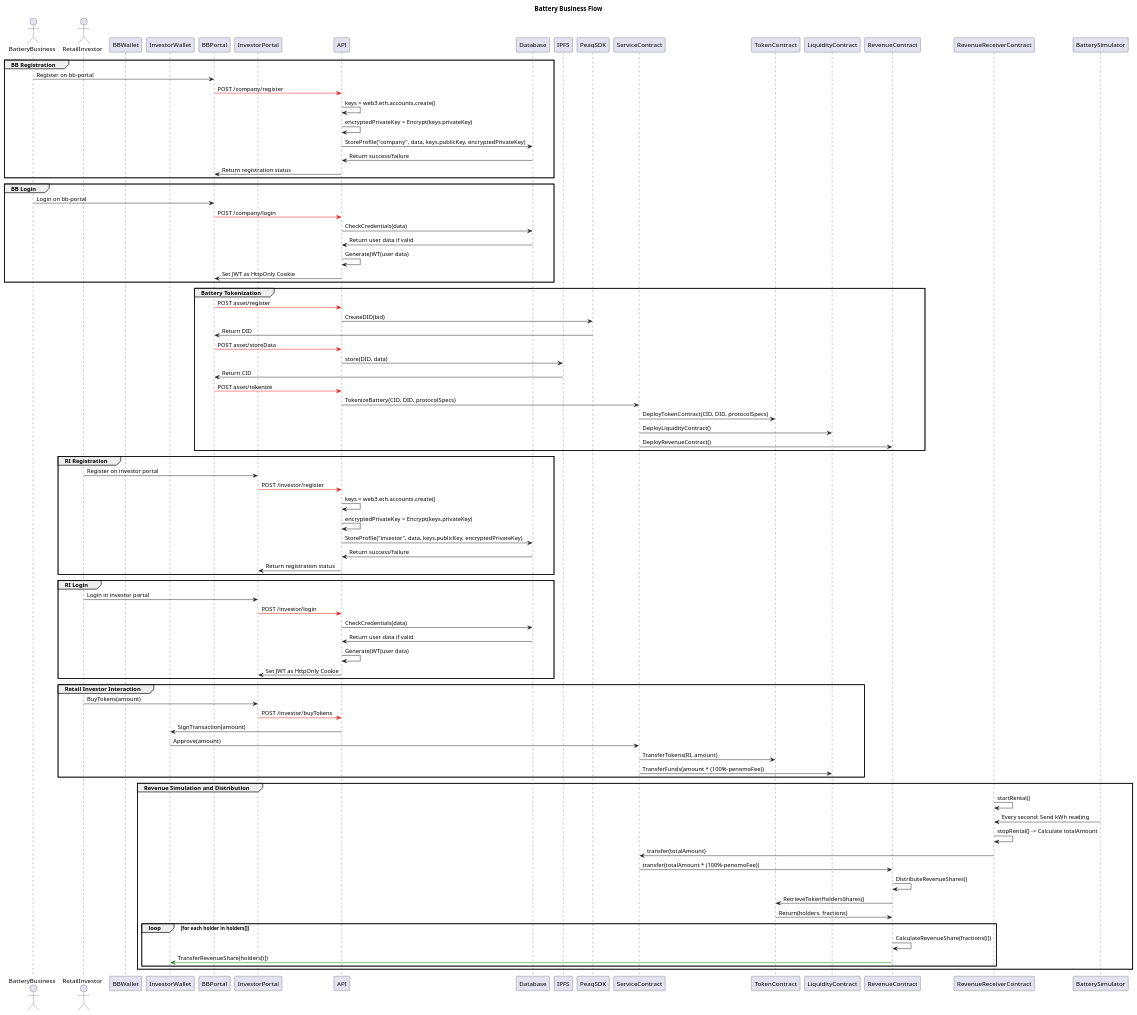
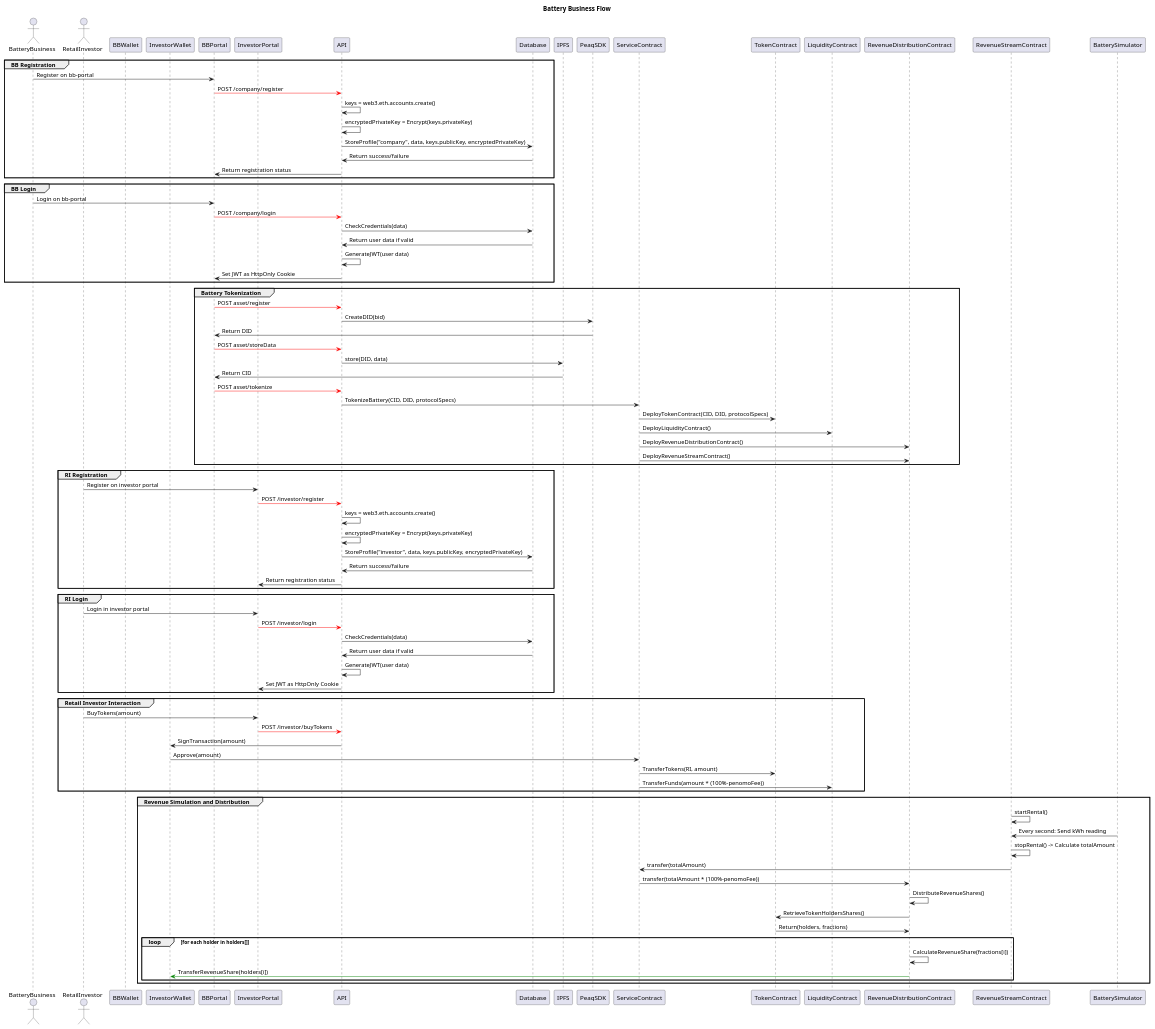
The diagram in architecture/demo_sequence_combined.puml (penomoprotocol/tokenization-MVP), drawn with PlantUML before and after one commit. The commit also changed 3 other files, not shown here.

```diff
--- a/architecture/demo_sequence_combined.puml
+++ b/architecture/demo_sequence_combined.puml
@@ -1,109 +1,110 @@
 @startuml
 title Battery Business Flow
 
 actor BatteryBusiness as BB
 actor RetailInvestor as RI
 
 participant BBWallet as BBW
 participant InvestorWallet as IW
 
 participant BBPortal as BBP
 participant InvestorPortal as IP
 
 participant API as API
 
 participant Database as DB
 participant IPFS as IPFS
 participant PeaqSDK as PS
 
 participant ServiceContract as SC
 participant TokenContract as TC
 participant LiquidityContract as LC
-participant RevenueContract as RC
-participant RevenueReceiverContract as RRC
+participant RevenueDistributionContract as RDC
+participant RevenueStreamContract as RSC
 
 participant BatterySimulator as BS
 
 ' Battery Business Registration
 group BB Registration
     BB -> BBP: Register on bb-portal
     BBP -[#red]> API: POST /company/register
     API -> API: keys = web3.eth.accounts.create()
     API -> API: encryptedPrivateKey = Encrypt(keys.privateKey)
     API -> DB: StoreProfile("company", data, keys.publicKey, encryptedPrivateKey)
     DB -> API: Return success/failure
     API -> BBP: Return registration status
 end
 
 group BB Login
     BB -> BBP: Login on bb-portal
     BBP -[#red]> API: POST /company/login
     API -> DB: CheckCredentials(data)
     DB -> API: Return user data if valid
     API -> API: GenerateJWT(user data)
     API -> BBP: Set JWT as HttpOnly Cookie
 end
 
 ' Battery Tokenization
 group Battery Tokenization
     BBP -[#red]> API: POST asset/register
     API -> PS: CreateDID(bid)
     PS -> BBP: Return DID
     BBP -[#red]> API: POST asset/storeData
     API -> IPFS: store(DID, data)
     IPFS -> BBP: Return CID
     BBP -[#red]> API: POST asset/tokenize
     API -> SC: TokenizeBattery(CID, DID, protocolSpecs)
     SC -> TC: DeployTokenContract(CID, DID, protocolSpecs)
     SC -> LC: DeployLiquidityContract()
-    SC -> RC: DeployRevenueContract()
+    SC -> RDC: DeployRevenueDistributionContract()
+    SC -> RDC: DeployRevenueStreamContract()
 end
 
 ' Retail Investor Registration and Login
 group RI Registration
     RI -> IP: Register on investor portal
     IP -[#red]> API: POST /investor/register
     API -> API: keys = web3.eth.accounts.create()
     API -> API: encryptedPrivateKey = Encrypt(keys.privateKey)
     API -> DB: StoreProfile("investor", data, keys.publicKey, encryptedPrivateKey)
     DB -> API: Return success/failure
     API -> IP: Return registration status
 end
 
 group RI Login
     RI -> IP: Login in investor portal
     IP -[#red]> API: POST /investor/login
     API -> DB: CheckCredentials(data)
     DB -> API: Return user data if valid
     API -> API: GenerateJWT(user data)
     API -> IP: Set JWT as HttpOnly Cookie
 end
 
 ' Retail Investor Token Purchase
 group Retail Investor Interaction
     RI -> IP: BuyTokens(amount)
     IP -[#red]> API: POST /investor/buyTokens
     API -> IW: SignTransaction(amount)
     IW -> SC: Approve(amount)
     SC -> TC: TransferTokens(RI, amount)
     SC -> LC: TransferFunds(amount * (100%-penomoFee))
 end
 
 
 ' Revenue Simulation and Distribution
 group Revenue Simulation and Distribution
-    RRC -> RRC: startRental()
-    BS -> RRC: Every second: Send kWh reading
-    RRC -> RRC: stopRental() -> Calculate totalAmount
-    RRC -> SC: transfer(totalAmount)
-    SC -> RC: transfer(totalAmount * (100%-penomoFee))
-    RC -> RC:  DistributeRevenueShares()
-    RC -> TC: RetrieveTokenHoldersShares()
-    TC -> RC: Return(holders, fractions)
+    RSC -> RSC: startRental()
+    BS -> RSC: Every second: Send kWh reading
+    RSC -> RSC: stopRental() -> Calculate totalAmount
+    RSC -> SC: transfer(totalAmount)
+    SC -> RDC: transfer(totalAmount * (100%-penomoFee))
+    RDC -> RDC:  DistributeRevenueShares()
+    RDC -> TC: RetrieveTokenHoldersShares()
+    TC -> RDC: Return(holders, fractions)
     loop for each holder in holders[]
-        RC -> RC: CalculateRevenueShare(fractions[i])
-        RC -[#green]> IW: TransferRevenueShare(holders[i])
+        RDC -> RDC: CalculateRevenueShare(fractions[i])
+        RDC -[#green]> IW: TransferRevenueShare(holders[i])
     end
 end
 
 @enduml
```
